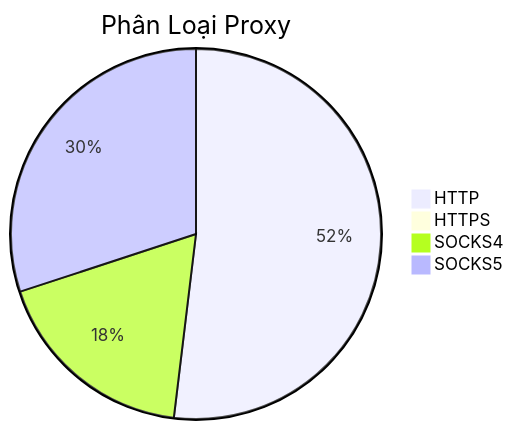
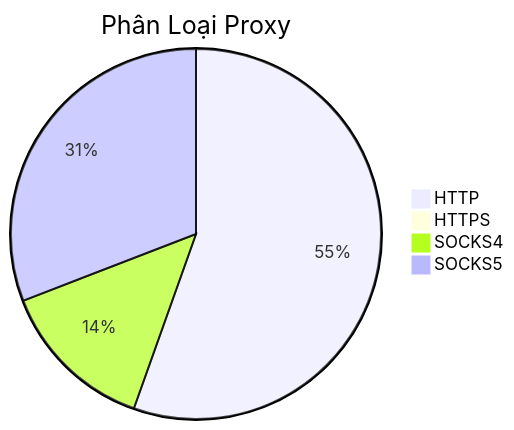
The diagram in README.md (Ciara-Aa/PROXY-free), drawn with Mermaid before and after one commit. The commit also changed other lines of this file and 4 other files, not shown here.

````diff
--- a/README.md
+++ b/README.md
@@ -26,7 +26,7 @@
 ```mermaid
 pie title Phân Loại Proxy
-    "HTTP" : 394
-    "HTTPS" : 2
-    "SOCKS4" : 137
-    "SOCKS5" : 228
+    "HTTP" : 397
+    "HTTPS" : 4
+    "SOCKS4" : 98
+    "SOCKS5" : 221
 ```
````
